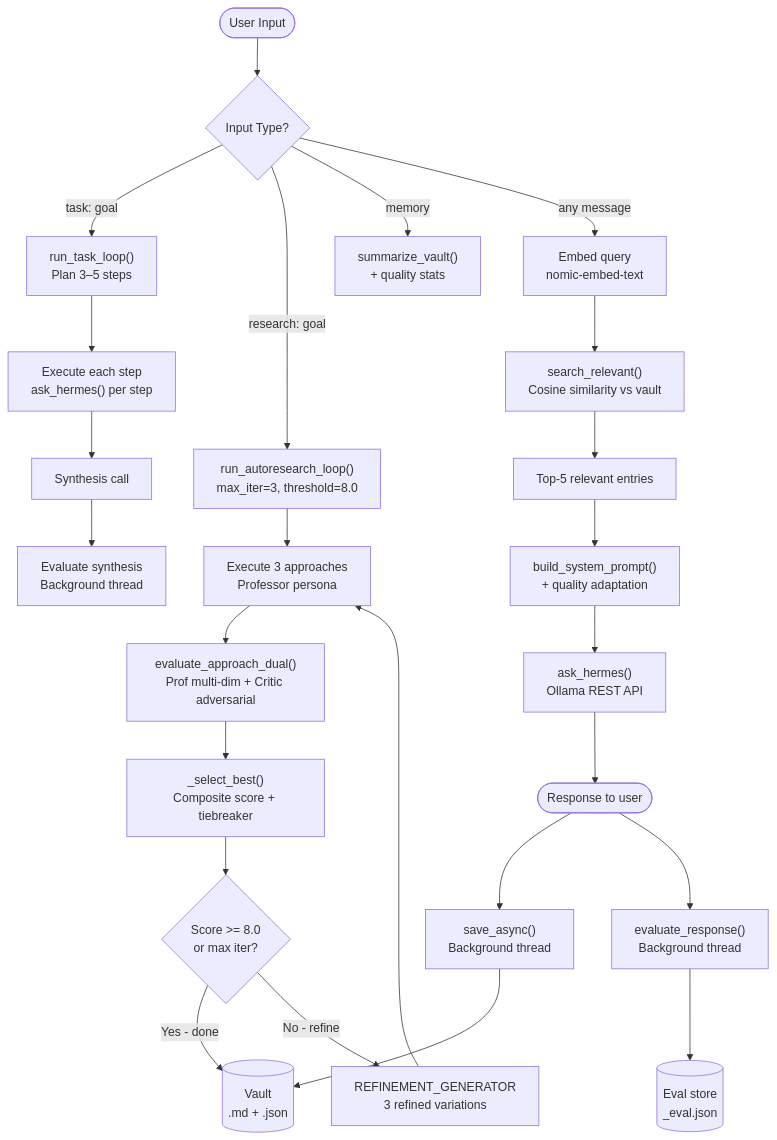
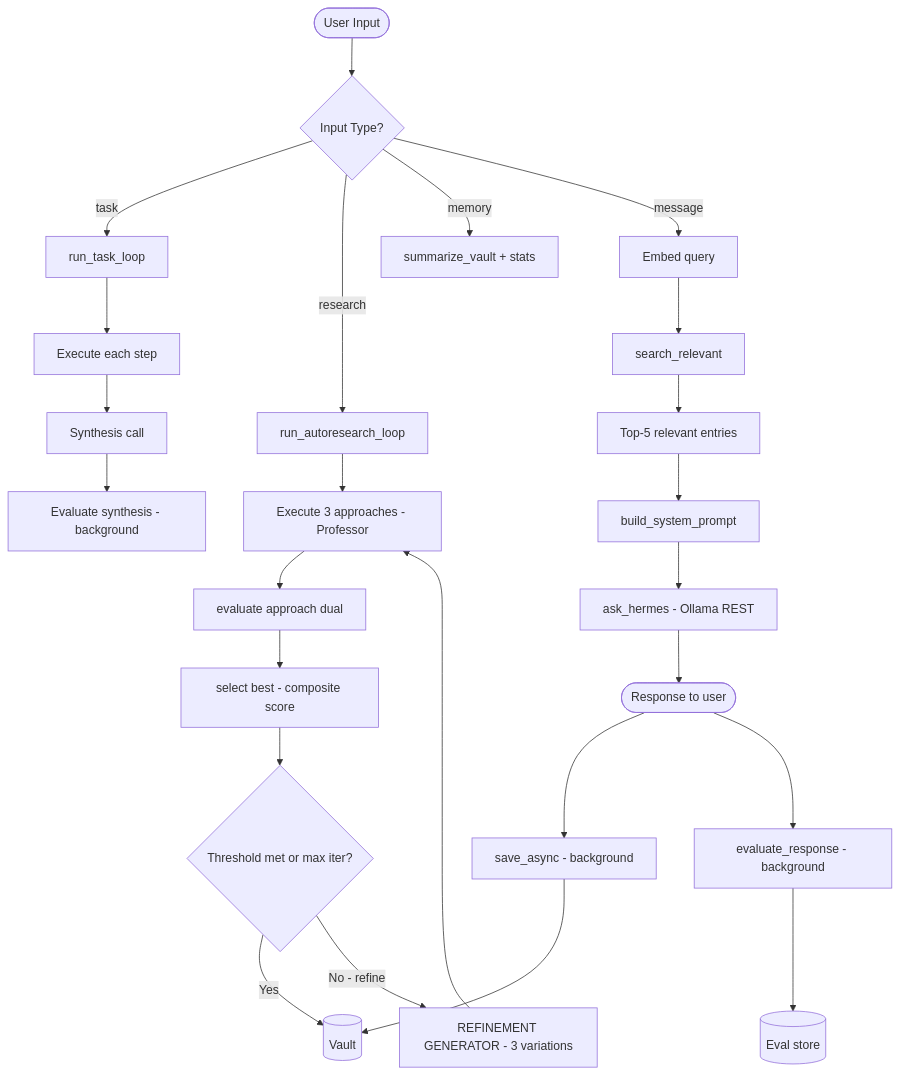
The second of 2 diagrams in README.md (Dheerajvarma1/hermes-rowboat-agent), drawn with Mermaid before and after one commit.

````diff
--- a/README.md
+++ b/README.md
@@ -259,33 +259,33 @@
 ```mermaid
 flowchart TD
     START(["User Input"]) --> CHECK{"Input Type?"}
 
-    CHECK -->|"task: goal"| PLAN["run_task_loop()\nPlan 3–5 steps"]
-    CHECK -->|"research: goal"| RESEARCH["run_autoresearch_loop()\nmax_iter=3, threshold=8.0"]
-    CHECK -->|"memory"| SHOW["summarize_vault()\n+ quality stats"]
-    CHECK -->|"any message"| EMBED["Embed query\nnomic-embed-text"]
+    CHECK -->|task| PLAN["run_task_loop"]
+    CHECK -->|research| RESEARCH["run_autoresearch_loop"]
+    CHECK -->|memory| SHOW["summarize_vault + stats"]
+    CHECK -->|message| EMBED["Embed query"]
 
-    EMBED --> SEARCH["search_relevant()\nCosine similarity vs vault"]
+    EMBED --> SEARCH["search_relevant"]
     SEARCH --> TOPK["Top-5 relevant entries"]
-    TOPK --> PROMPT["build_system_prompt()\n+ quality adaptation"]
-    PROMPT --> HERMES["ask_hermes()\nOllama REST API"]
+    TOPK --> PROMPT["build_system_prompt"]
+    PROMPT --> HERMES["ask_hermes - Ollama REST"]
     HERMES --> RESPONSE(["Response to user"])
 
-    RESPONSE --> THREAD1["save_async()\nBackground thread"]
-    RESPONSE --> THREAD2["evaluate_response()\nBackground thread"]
+    RESPONSE --> THREAD1["save_async - background"]
+    RESPONSE --> THREAD2["evaluate_response - background"]
 
-    PLAN --> STEP["Execute each step\nask_hermes() per step"]
+    PLAN --> STEP["Execute each step"]
     STEP --> SYNTH["Synthesis call"]
-    SYNTH --> EVALLOOP["Evaluate synthesis\nBackground thread"]
+    SYNTH --> EVALLOOP["Evaluate synthesis - background"]
 
-    RESEARCH --> REXEC["Execute 3 approaches\nProfessor persona"]
-    REXEC --> RDUAL["evaluate_approach_dual()\nProf multi-dim + Critic adversarial"]
-    RDUAL --> RSEL["_select_best()\nComposite score + tiebreaker"]
-    RSEL --> RCHECK{"Score >= 8.0\nor max iter?"}
-    RCHECK -->|"Yes - done"| VAULT
-    RCHECK -->|"No - refine"| RREFINE["REFINEMENT_GENERATOR\n3 refined variations"]
+    RESEARCH --> REXEC["Execute 3 approaches - Professor"]
+    REXEC --> RDUAL["evaluate approach dual"]
+    RDUAL --> RSEL["select best - composite score"]
+    RSEL --> RCHECK{"Threshold met or max iter?"}
+    RCHECK -->|Yes| VAULT
+    RCHECK -->|No - refine| RREFINE["REFINEMENT GENERATOR - 3 variations"]
     RREFINE --> REXEC
 
-    THREAD1 --> VAULT[("Vault\n.md + .json")]
-    THREAD2 --> EVALSTORE[("Eval store\n_eval.json")]
+    THREAD1 --> VAULT[("Vault")]
+    THREAD2 --> EVALSTORE[("Eval store")]
 ```
````
